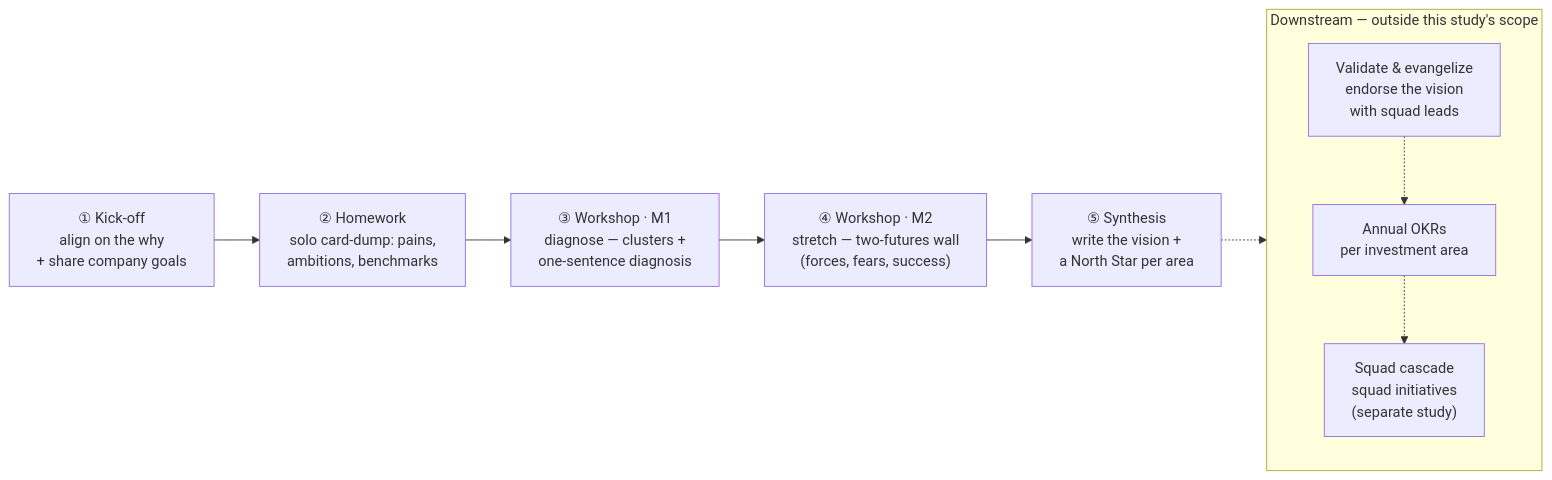
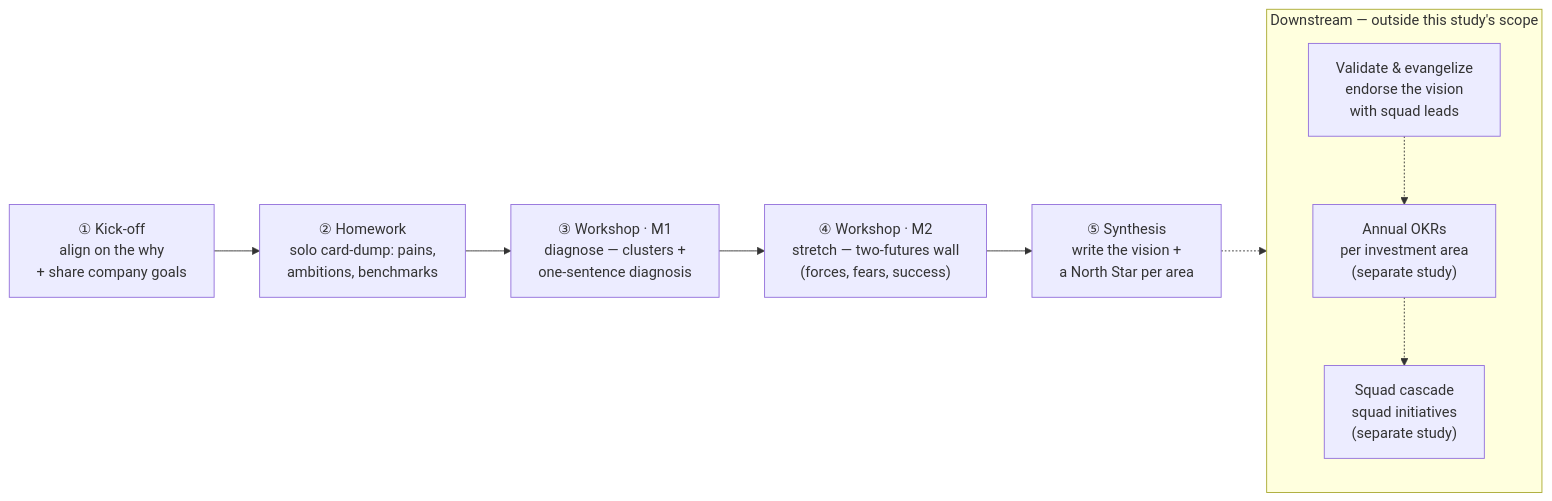
One commit to GustavoBertaco/daily-digest changed the diagram in studies/product-management/long-term-product-vision.md. Above: the diagram before and after it, drawn with Mermaid. The commit also changed other lines of this file and 1 other file, not shown here.

First line of the commit message:
studies: add dynamic to build annual OKRs from the long-term vision

````diff
--- a/studies/product-management/long-term-product-vision.md
+++ b/studies/product-management/long-term-product-vision.md
@@ -119,19 +119,19 @@
 ```mermaid
 flowchart LR
     K["① Kick-off<br/>align on the why<br/>+ share company goals"]
     H["② Homework<br/>solo card-dump: pains,<br/>ambitions, benchmarks"]
     M1["③ Workshop · M1<br/>diagnose — clusters +<br/>one-sentence diagnosis"]
     M2["④ Workshop · M2<br/>stretch — two-futures wall<br/>(forces, fears, success)"]
     S["⑤ Synthesis<br/>write the vision +<br/>a North Star per area"]
 
     K --> H --> M1 --> M2 --> S
     S -.-> DS
 
     subgraph DS["Downstream — outside this study's scope"]
         direction TB
         V["Validate & evangelize<br/>endorse the vision<br/>with squad leads"]
-        O["Annual OKRs<br/>per investment area"]
+        O["Annual OKRs<br/>per investment area<br/>(separate study)"]
         SQ["Squad cascade<br/>squad initiatives<br/>(separate study)"]
         V -.-> O -.-> SQ
     end
 ```
````
